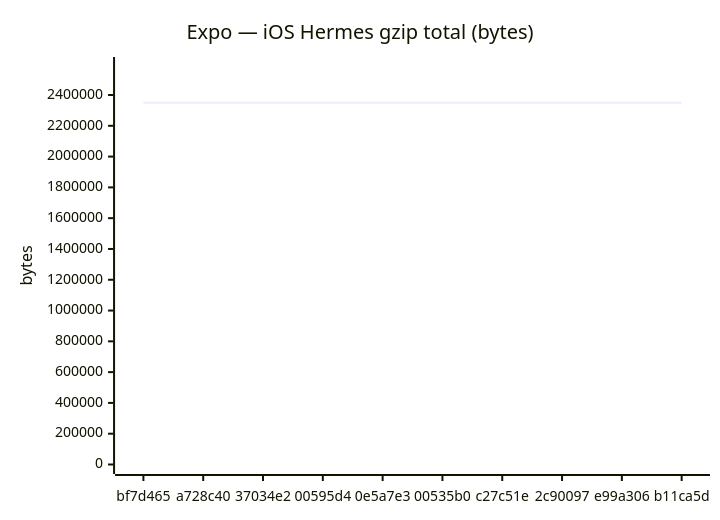
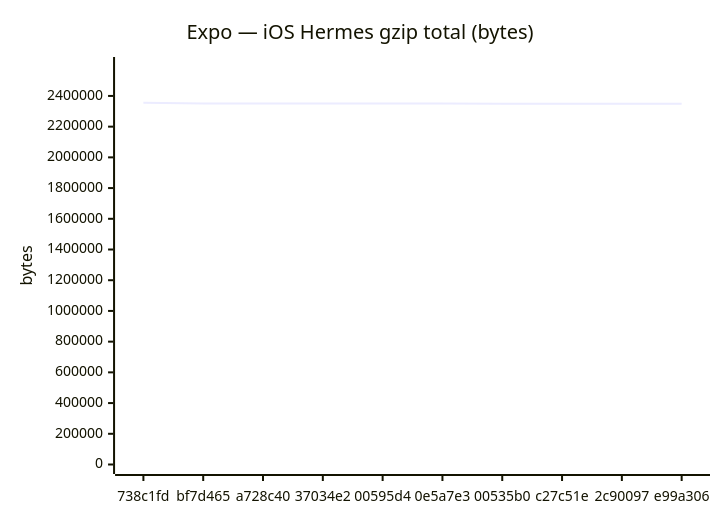
One commit to Metaheurist/Rianell changed the eighth of 24 diagrams in benchmarks/compare.md. Above: the diagram before and after it, drawn with Mermaid. The commit also changed other lines of this file and 13 other files, not shown here.

````diff
--- a/benchmarks/compare.md
+++ b/benchmarks/compare.md
@@ -123,7 +123,7 @@
 ```mermaid
 xychart-beta
     title "Expo — iOS Hermes gzip total (bytes)"
-    x-axis ["bf7d465", "a728c40", "37034e2", "00595d4", "0e5a7e3", "00535b0", "c27c51e", "2c90097", "e99a306", "b11ca5d"]
-    y-axis "bytes" 0 --> 2585196
-    line [2350178, 2350175, 2350043, 2350046, 2350041, 2349868, 2349864, 2349868, 2349869, 2349865]
+    x-axis ["738c1fd", "bf7d465", "a728c40", "37034e2", "00595d4", "0e5a7e3", "00535b0", "c27c51e", "2c90097", "e99a306"]
+    y-axis "bytes" 0 --> 2591665
+    line [2356059, 2350178, 2350175, 2350043, 2350046, 2350041, 2349868, 2349864, 2349868, 2349869]
 ```
````
